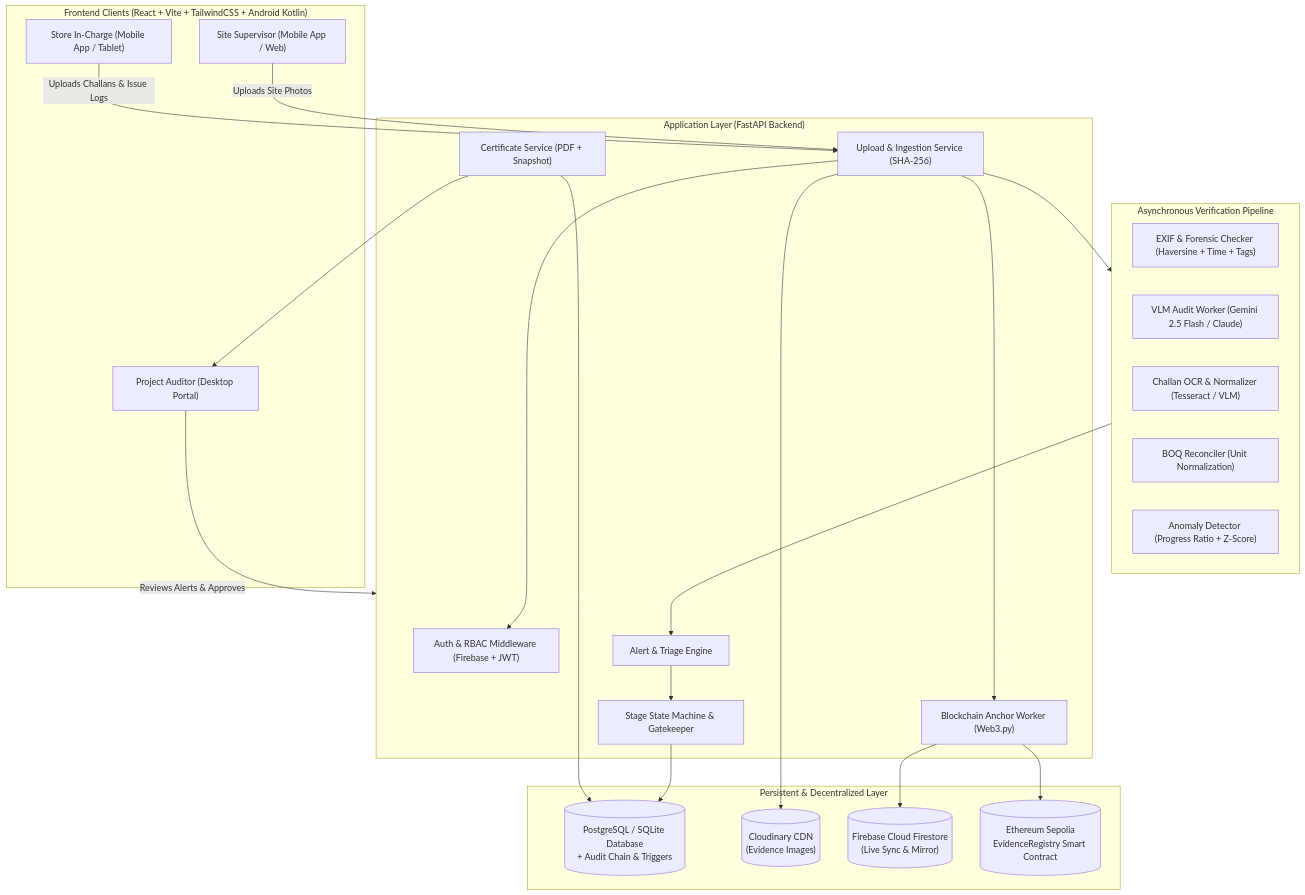
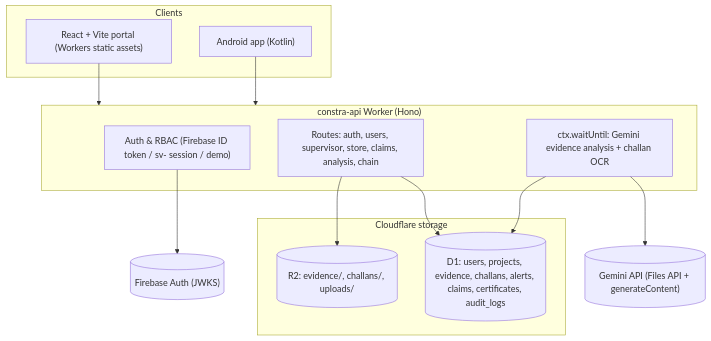
The first of 2 diagrams in README.md (Pranavms09/CONSTRA), drawn with Mermaid before and after one commit. The commit also changed other lines of this file and 28 other files, not shown here.

Commit message:
refactor: migrate backend from Firebase to Cloudflare Workers and update API endpoints

````diff
--- a/README.md
+++ b/README.md
@@ -74,50 +73,29 @@
 ```mermaid
 flowchart TD
-    subgraph Clients["Frontend Clients (React + Vite + TailwindCSS + Android Kotlin)"]
-        SP["Site Supervisor (Mobile App / Web)"]
-        SC["Store In-Charge (Mobile App / Tablet)"]
-        AU["Project Auditor (Desktop Portal)"]
+    subgraph Clients["Clients"]
+        WEB["React + Vite portal (Workers static assets)"]
+        APP["Android app (Kotlin)"]
     end
 
-    subgraph Gateway["Application Layer (FastAPI Backend)"]
-        Auth["Auth & RBAC Middleware (Firebase + JWT)"]
-        UploadAPI["Upload & Ingestion Service (SHA-256)"]
-        AlertEngine["Alert & Triage Engine"]
-        FSM["Stage State Machine & Gatekeeper"]
-        CertService["Certificate Service (PDF + Snapshot)"]
-        ChainWorker["Blockchain Anchor Worker (Web3.py)"]
+    subgraph API["constra-api Worker (Hono)"]
+        Auth["Auth & RBAC (Firebase ID token / sv- session / demo)"]
+        Routes["Routes: auth, users, supervisor, store, claims, analysis, chain"]
+        BG["ctx.waitUntil: Gemini evidence analysis + challan OCR"]
     end
 
-    subgraph Workers["Asynchronous Verification Pipeline"]
-        EXIF["EXIF & Forensic Checker (Haversine + Time + Tags)"]
-        VLM["VLM Audit Worker (Gemini 2.5 Flash / Claude)"]
-        OCR["Challan OCR & Normalizer (Tesseract / VLM)"]
-        BOQ["BOQ Reconciler (Unit Normalization)"]
-        Anomaly["Anomaly Detector (Progress Ratio + Z-Score)"]
+    subgraph CF["Cloudflare storage"]
+        D1[("D1: users, projects, evidence, challans, alerts, claims, certificates, audit_logs")]
+        R2[("R2: evidence/, challans/, uploads/")]
     end
 
-    subgraph Storage["Persistent & Decentralized Layer"]
-        DB[("PostgreSQL / SQLite Database\n+ Audit Chain & Triggers")]
-        Cloudinary[("Cloudinary CDN\n(Evidence Images)")]
-        Firestore[("Firebase Cloud Firestore\n(Live Sync & Mirror)")]
-        Sepolia[("Ethereum Sepolia\nEvidenceRegistry Smart Contract")]
-    end
+    Firebase[("Firebase Auth (JWKS)")]
+    Gemini[("Gemini API (Files API + generateContent)")]
 
-    SP -->|Uploads Site Photos| UploadAPI
-    SC -->|Uploads Challans & Issue Logs| UploadAPI
-    AU -->|Reviews Alerts & Approves| Gateway
-
-    UploadAPI --> Auth
-    UploadAPI --> Cloudinary
-    UploadAPI --> Workers
-
-    Workers --> AlertEngine
-    AlertEngine --> FSM
-    FSM --> DB
-    CertService --> DB
-    CertService --> AU
-
-    UploadAPI --> ChainWorker
-    ChainWorker --> Sepolia
-    ChainWorker --> Firestore
+    WEB --> API
+    APP --> API
+    Auth --> Firebase
+    Routes --> D1
+    Routes --> R2
+    BG --> Gemini
+    BG --> D1
 ```
````
